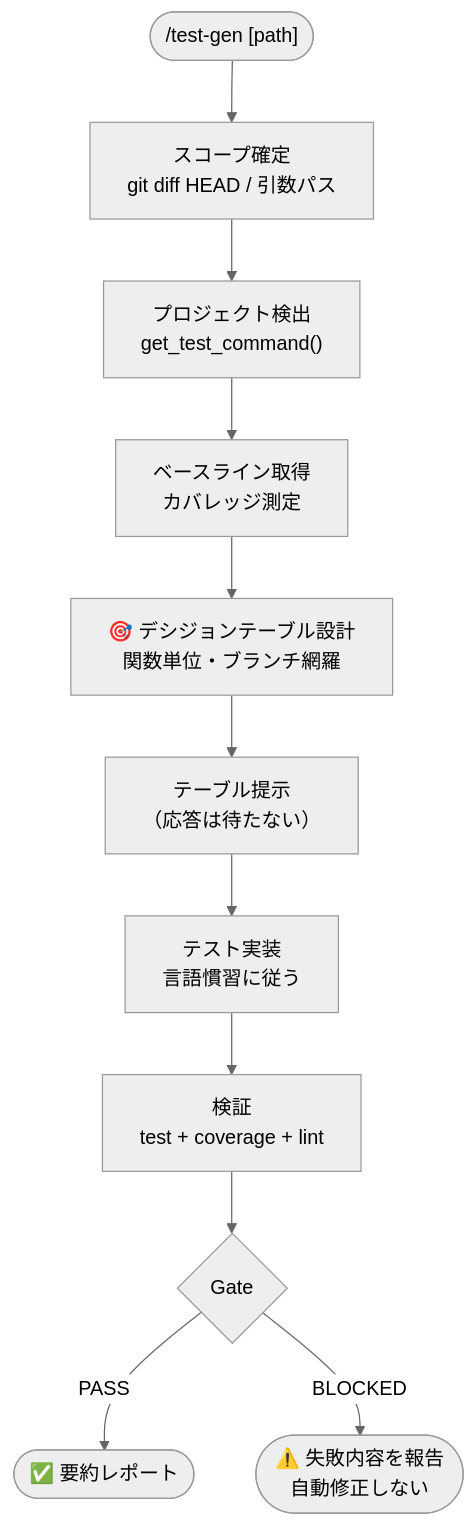
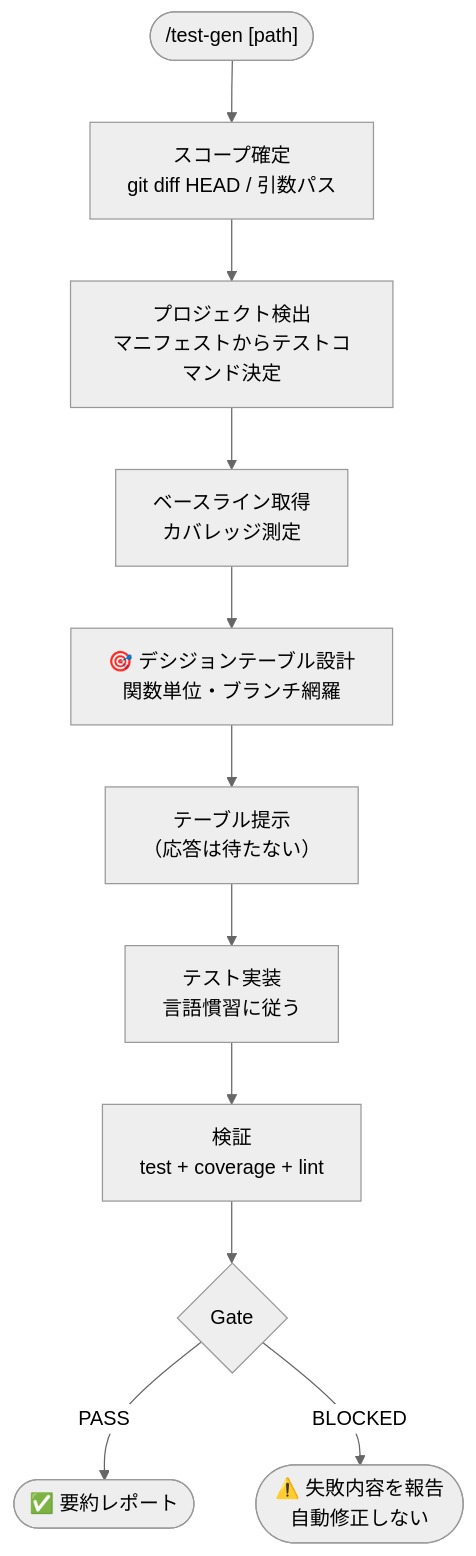
Before and after one commit to aokumablue/claq: diagram 11 of 12 in README.md, drawn with Mermaid (neutral theme). The commit also changed 7 other files, not shown here.

````diff
--- a/README.md
+++ b/README.md
@@ -487,16 +487,16 @@
 ```mermaid
 flowchart TD
   classDef cmd    fill:#2563eb,stroke:#1e40af,color:#fff,rx:6
   classDef skill  fill:#7c3aed,stroke:#6d28d9,color:#fff,rx:4
 
   A(["/test-gen [path]"]) --> C["スコープ確定<br/>git diff HEAD / 引数パス"]
-  C --> D["プロジェクト検出<br/>get_test_command()"]
+  C --> D["プロジェクト検出<br/>マニフェストからテストコマンド決定"]
   D --> E["ベースライン取得<br/>カバレッジ測定"]
   E --> F["🎯 デシジョンテーブル設計<br/>関数単位・ブランチ網羅"]
   F --> G["テーブル提示<br/>（応答は待たない）"]
   G --> H["テスト実装<br/>言語慣習に従う"]
   H --> I["検証<br/>test + coverage + lint"]
   I --> J{"Gate"}
   J -- PASS --> K(["✅ 要約レポート"])
   J -- BLOCKED --> L(["⚠️ 失敗内容を報告<br/>自動修正しない"])
 ```
````
